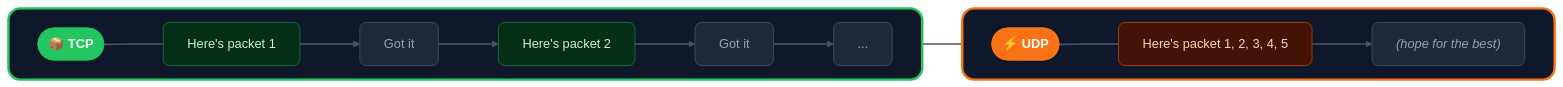
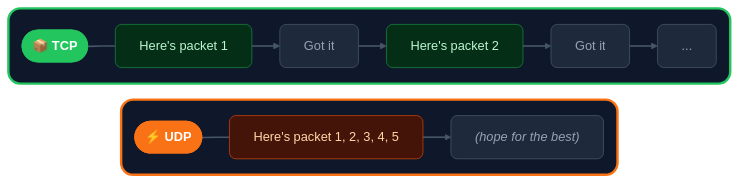
One commit to kennethpdang/ArborWiseSolutions changed the second of 3 diagrams in tutorials/README.md. Above: the diagram before and after it, drawn with Mermaid. The commit also changed other lines of this file, not shown here.

Commit message:
Enhance tutorials README with Express.js example and clarify TCP vs UDP explanation

````diff
--- a/tutorials/README.md
+++ b/tutorials/README.md
@@ -232,48 +255,46 @@
 ```mermaid
-%%{init: {'flowchart': {'nodeSpacing': 15, 'rankSpacing': 50}}}%%
-flowchart LR
+%%{init: {'flowchart': {'nodeSpacing': 20, 'rankSpacing':10}}}%%
+flowchart LR    
+    subgraph UDP_SECTION[" "]
+        direction LR
+        UDP_TITLE(["⚡ UDP"])
+        BLAST["Here's packet 1, 2, 3, 4, 5"]
+        HOPE["(hope for the best)"]
+        
+        UDP_TITLE ~~~ BLAST --> HOPE
+    end
+
     subgraph TCP_SECTION[" "]
         direction LR
         TCP_TITLE(["📦 TCP"])
         P1["Here's packet 1"]
         A1["Got it"]
         P2["Here's packet 2"]
         A2["Got it"]
         ETC["..."]
         
         TCP_TITLE ~~~ P1 --> A1 --> P2 --> A2 --> ETC
     end
     
-    subgraph UDP_SECTION[" "]
-        direction LR
-        UDP_TITLE(["⚡ UDP"])
-        BLAST["Here's packet 1, 2, 3, 4, 5"]
-        HOPE["(hope for the best)"]
-        
-        UDP_TITLE ~~~ BLAST --> HOPE
-    end
-    
-    TCP_SECTION ~~~ UDP_SECTION
-
     %% === SUBGRAPH STYLING ===
     style TCP_SECTION fill:#0f172a,stroke:#22c55e,stroke-width:3px,rx:15,ry:15
     style UDP_SECTION fill:#0f172a,stroke:#f97316,stroke-width:3px,rx:15,ry:15
     
     %% === TITLE STYLING (pill shaped) ===
     style TCP_TITLE fill:#22c55e,stroke:#22c55e,stroke-width:2px,color:#fff,font-weight:bold
     style UDP_TITLE fill:#f97316,stroke:#f97316,stroke-width:2px,color:#fff,font-weight:bold
     
     %% === TCP NODE STYLING ===
     style P1 fill:#052e16,stroke:#15803d,color:#bbf7d0,rx:8,ry:8
     style A1 fill:#1e293b,stroke:#475569,color:#94a3b8,rx:8,ry:8
     style P2 fill:#052e16,stroke:#15803d,color:#bbf7d0,rx:8,ry:8
     style A2 fill:#1e293b,stroke:#475569,color:#94a3b8,rx:8,ry:8
     style ETC fill:#1e293b,stroke:#475569,color:#94a3b8,rx:8,ry:8
     
     %% === UDP NODE STYLING ===
     style BLAST fill:#431407,stroke:#c2410c,color:#fed7aa,rx:8,ry:8
     style HOPE fill:#1e293b,stroke:#475569,color:#94a3b8,rx:8,ry:8,font-style:italic
     
     %% === LINK STYLING ===
     linkStyle default stroke:#475569,stroke-width:2px
 ```
````
